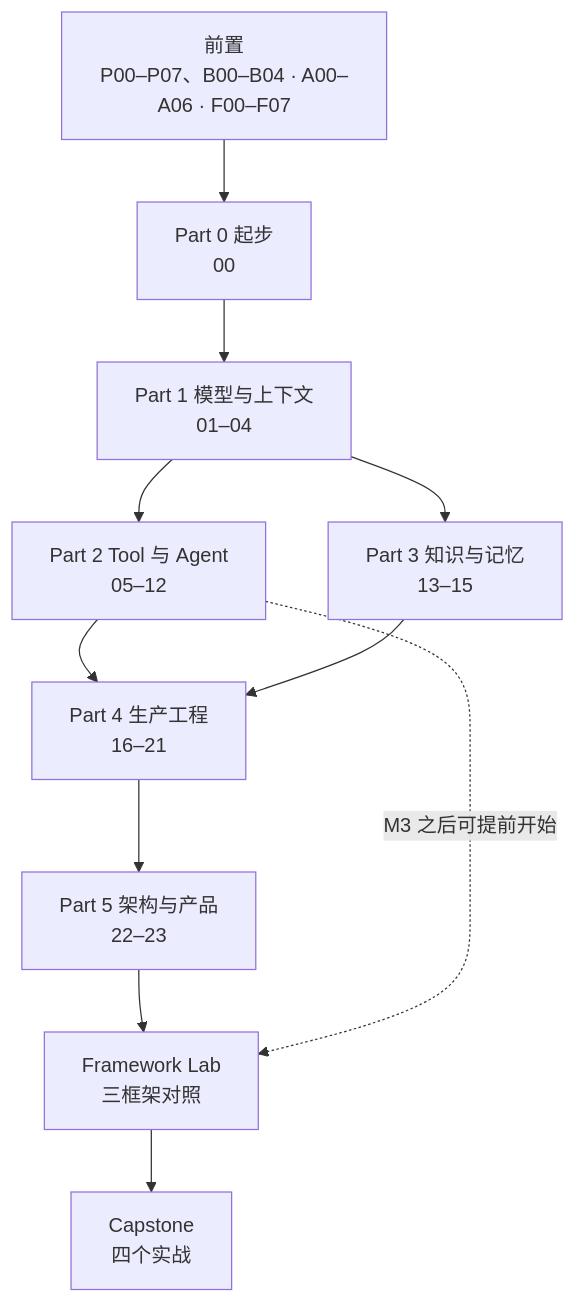
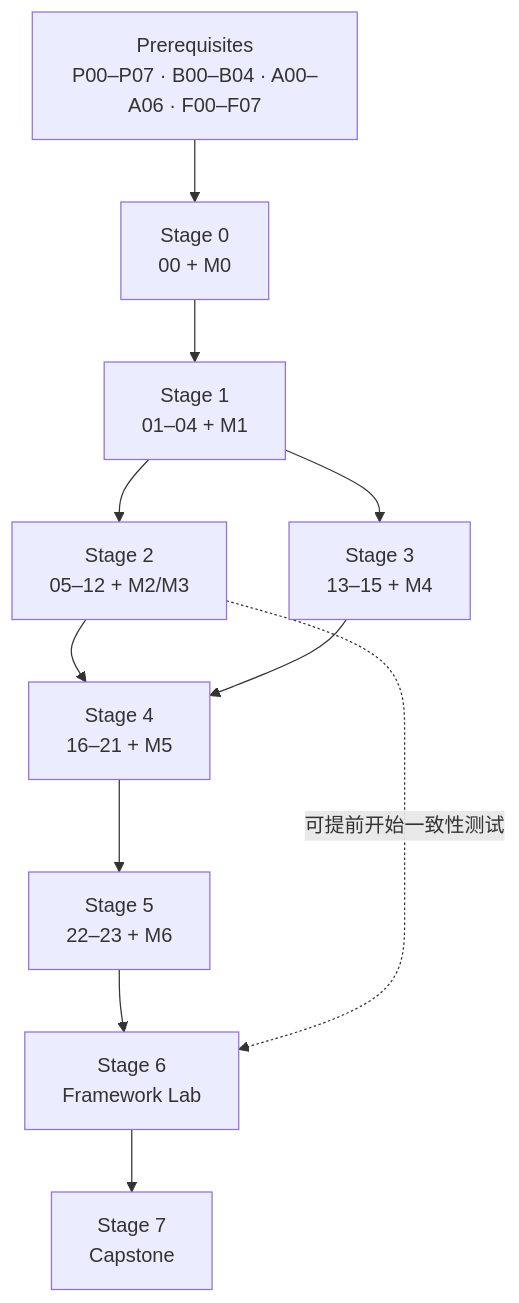
The second of 2 diagrams in ROADMAP.md (lance2016/ai-app-engineering), drawn with Mermaid before and after one commit. The commit also changed other lines of this file and 68 other files, not shown here.

````diff
--- a/ROADMAP.md
+++ b/ROADMAP.md
@@ -5,13 +40,13 @@
 ```mermaid
 flowchart TD
-    PRE[前置<br/>P00–P07、B00–B04 · A00–A06 · F00–F07] --> P0[Part 0 起步<br/>00]
-    P0 --> P1[Part 1 模型与上下文<br/>01–04]
-    P1 --> P2[Part 2 Tool 与 Agent<br/>05–12]
-    P1 --> P3[Part 3 知识与记忆<br/>13–15]
-    P2 --> P4[Part 4 生产工程<br/>16–21]
-    P3 --> P4
-    P4 --> P5[Part 5 架构与产品<br/>22–23]
-    P5 --> LAB[Framework Lab<br/>三框架对照]
-    LAB --> CAP[Capstone<br/>四个实战]
-    P2 -.M3 之后可提前开始.-> LAB
+    PRE[Prerequisites<br/>P00–P07 · B00–B04 · A00–A06 · F00–F07] --> S0[Stage 0<br/>00 + M0]
+    S0 --> S1[Stage 1<br/>01–04 + M1]
+    S1 --> S2[Stage 2<br/>05–12 + M2/M3]
+    S1 --> S3[Stage 3<br/>13–15 + M4]
+    S2 --> S4[Stage 4<br/>16–21 + M5]
+    S3 --> S4
+    S4 --> S5[Stage 5<br/>22–23 + M6]
+    S5 --> S6[Stage 6<br/>Framework Lab]
+    S6 --> S7[Stage 7<br/>Capstone]
+    S2 -. 可提前开始一致性测试 .-> S6
 ```
````
